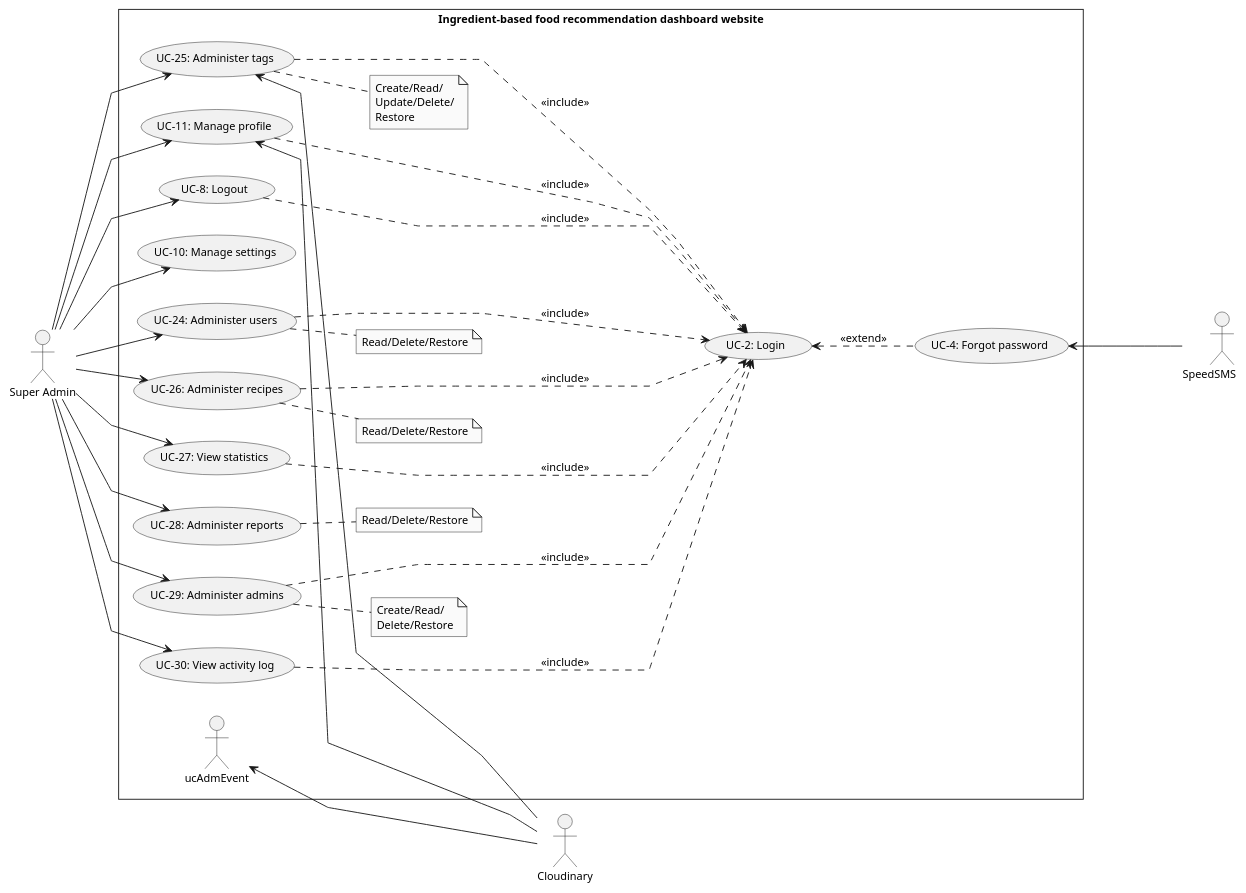
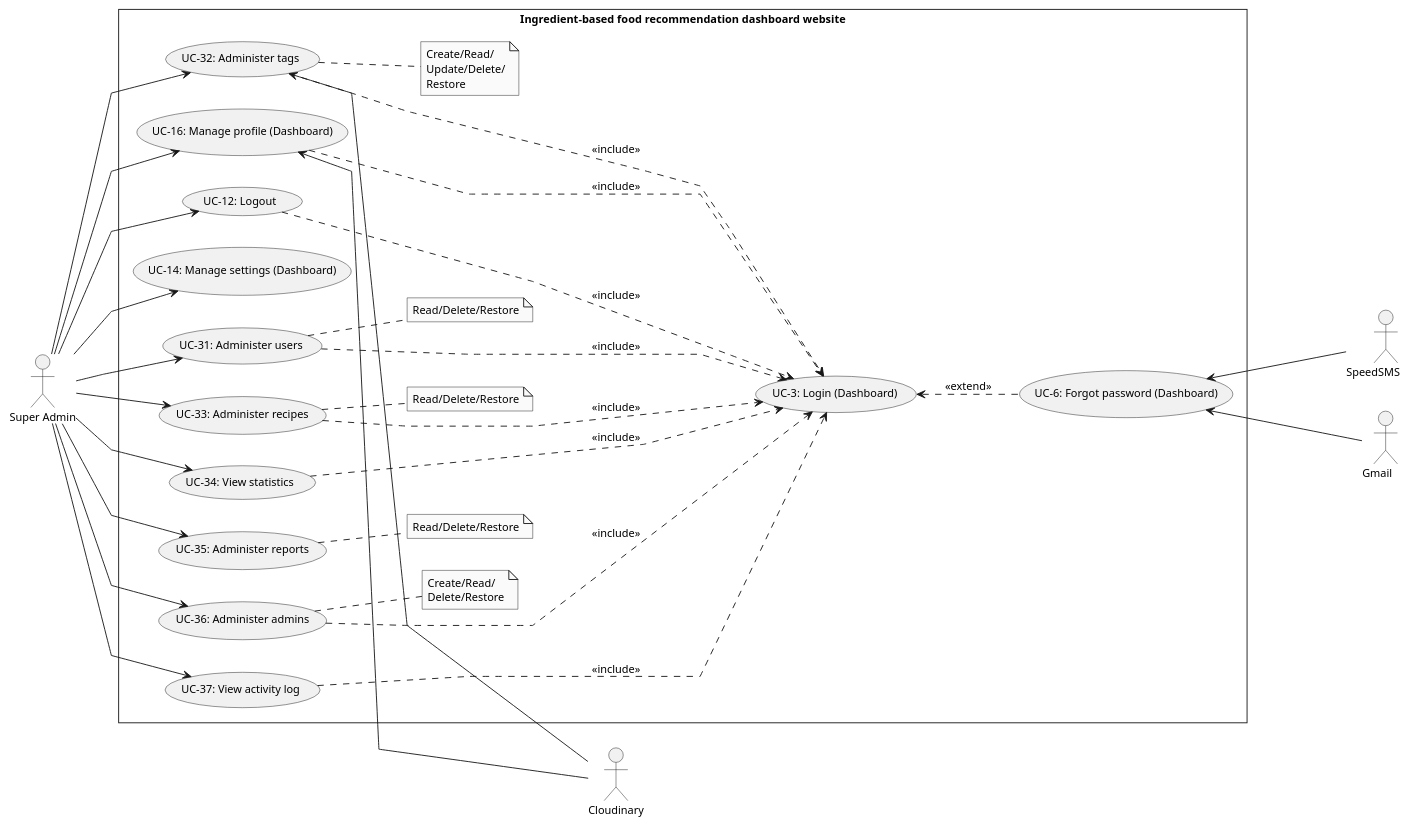
The diagram in doc/SRS/Usecase/SuperAdminUsecase/SuperAdminUsecase.plantuml (Carl-Johnsons/tastopia), drawn with PlantUML before and after one commit. The commit also changed 5 other files, not shown here.

Commit message:
doc: update use case diagrams

```diff
--- a/doc/SRS/Usecase/SuperAdminUsecase/SuperAdminUsecase.plantuml
+++ b/doc/SRS/Usecase/SuperAdminUsecase/SuperAdminUsecase.plantuml
@@ -1,65 +1,66 @@
 @startuml SuperAdminUsecase
 skinparam style strictuml
 skinparam monochrome true
 skinparam linetype polyline
 skinparam defaultFontSize 12
 left to right direction
 actor "Super Admin" as admin
 actor "Cloudinary" as cl
 actor "SpeedSMS         " as sms
+actor "Gmail      " as gmail
 
 rectangle Ingredient-based<U+0020>food<U+0020>recommendation<U+0020>dashboard<U+0020>website {
-    usecase "UC-2: Login" as ucLogin
-    usecase "UC-4: Forgot password" as ucForgotPassword
-    usecase "UC-8: Logout" as ucLogout
-    usecase "UC-11: Manage profile" as ucManageProfile
-    usecase "UC-10: Manage settings" as ucManageSetting
+    usecase "UC-3: Login (Dashboard)" as ucLogin
+    usecase "UC-6: Forgot password (Dashboard)" as ucForgotPassword
+    usecase "UC-12: Logout" as ucLogout
+    usecase "UC-14: Manage settings (Dashboard)" as ucManageSetting
+    usecase "UC-16: Manage profile (Dashboard)" as ucManageProfile
 
-    usecase "UC-24: Administer users" as ucAdmUser
-    usecase "UC-25: Administer tags" as ucAdmTags
-    usecase "UC-26: Administer recipes" as ucAdmRecipe
-    usecase "UC-27: View statistics" as ucViewStatistic
-    usecase "UC-28: Administer reports" as ucAdmReport
-    usecase "UC-29: Administer admins" as ucAdmAdmin
-    usecase "UC-30: View activity log" as ucViewActivityLog
+    usecase "UC-31: Administer users" as ucAdmUser
+    usecase "UC-32: Administer tags" as ucAdmTags
+    usecase "UC-33: Administer recipes" as ucAdmRecipe
+    usecase "UC-34: View statistics" as ucViewStatistic
+    usecase "UC-35: Administer reports" as ucAdmReport
+    usecase "UC-36: Administer admins" as ucAdmAdmin
+    usecase "UC-37: View activity log" as ucViewActivityLog
 
     note "Read/Delete/Restore" as noteAdmUser
     note "Read/Delete/Restore" as noteAdmRecipe
     note "Create/Read/\nUpdate/Delete/\nRestore" as noteAdmTag
     note "Create/Read/\nDelete/Restore" as noteAdmAdmin
     note "Read/Delete/Restore" as noteAdmReport
 
     admin --> ucAdmUser
         ucAdmUser .. noteAdmUser
     admin --> ucAdmRecipe
         ucAdmRecipe .. noteAdmRecipe
     admin --> ucAdmReport
         ucAdmReport .. noteAdmReport
     admin --> ucAdmTags
         ucAdmTags .. noteAdmTag
     admin --> ucViewStatistic
     admin --> ucViewActivityLog
     admin --> ucManageProfile
     admin --> ucManageSetting
     admin --> ucLogout
     admin --> ucAdmAdmin
         ucAdmAdmin .. noteAdmAdmin
 
     ucLogout .....> ucLogin : <<include>>
     ucViewStatistic .....> ucLogin : <<include>>
     ucAdmUser .....> ucLogin : <<include>>
     ucAdmRecipe .....> ucLogin : <<include>>
     ucAdmTags .....> ucLogin : <<include>>
     ucManageProfile .....> ucLogin : <<include>>
     ucViewActivityLog .....> ucLogin : <<include>>
     ucAdmAdmin .....> ucLogin : <<include>>
 
     ucLogin <.. ucForgotPassword : <<extend>>
 
     cl --up-> ucManageProfile
-    cl --up-> ucAdmEvent
     cl --up-> ucAdmTags
     sms --up-> ucForgotPassword
+    gmail --up-> ucForgotPassword
 }
 
 @enduml
```
